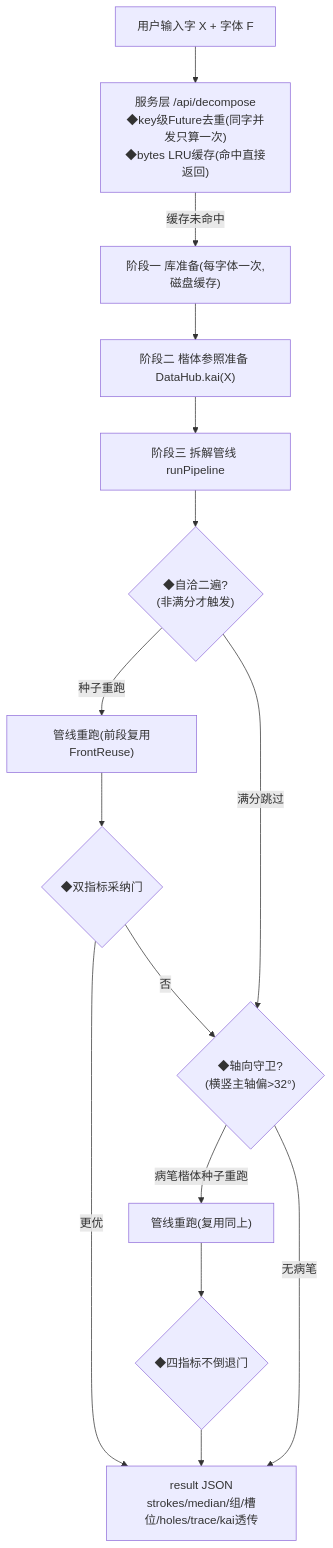
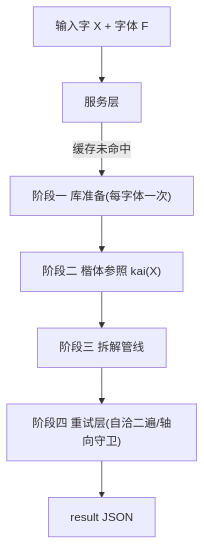
Before and after one commit to lulilulili/TearHanZiApart: the first of 2 diagrams in docs/拆解流程审查.md, drawn with Mermaid. The commit also changed other lines of this file, not shown here.

First line of the commit message:
docs: 流程审查图v2——每环节补'解决什么问题+不做会怎样(事故字例)'

````diff
--- a/docs/拆解流程审查.md
+++ b/docs/拆解流程审查.md
@@ -8,17 +9,9 @@
 ```mermaid
 flowchart TB
-    IN["用户输入字 X + 字体 F"] --> SRV["服务层 /api/decompose<br/>◆key级Future去重(同字并发只算一次)<br/>◆bytes LRU缓存(命中直接返回)"]
-    SRV -->|缓存未命中| LIB["阶段一 库准备(每字体一次,磁盘缓存)"]
-    LIB --> KAI["阶段二 楷体参照准备 DataHub.kai(X)"]
-    KAI --> PIPE["阶段三 拆解管线 runPipeline"]
-    PIPE --> R2{"◆自洽二遍?<br/>(非满分才触发)"}
-    R2 -->|种子重跑| PIPE2["管线重跑(前段复用FrontReuse)"]
-    PIPE2 --> ADOPT{"◆双指标采纳门"}
-    ADOPT -->|更优| OUT
-    ADOPT -->|否| R3
-    R2 -->|满分跳过| R3{"◆轴向守卫?<br/>(横竖主轴偏>32°)"}
-    R3 -->|病笔楷体种子重跑| PIPE3["管线重跑(复用同上)"]
-    PIPE3 --> ADOPT2{"◆四指标不倒退门"}
-    ADOPT2 --> OUT["result JSON<br/>strokes/median/组/槽位/holes/trace/kai透传"]
-    R3 -->|无病笔| OUT
+    IN["输入字 X + 字体 F"] --> SRV["服务层"]
+    SRV -->|缓存未命中| LIB["阶段一 库准备(每字体一次)"]
+    LIB --> KAI["阶段二 楷体参照 kai(X)"]
+    KAI --> PIPE["阶段三 拆解管线"]
+    PIPE --> RETRY["阶段四 重试层(自洽二遍/轴向守卫)"]
+    RETRY --> OUT["result JSON"]
 ```
````
